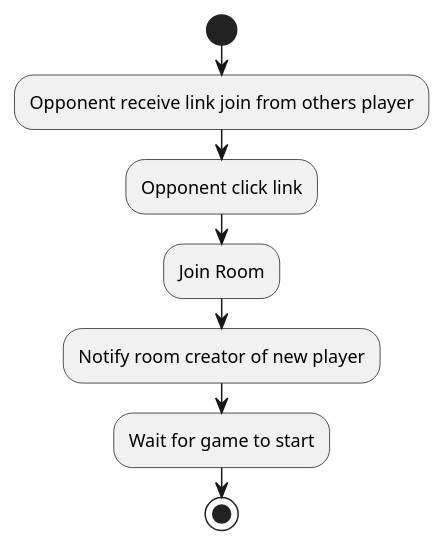
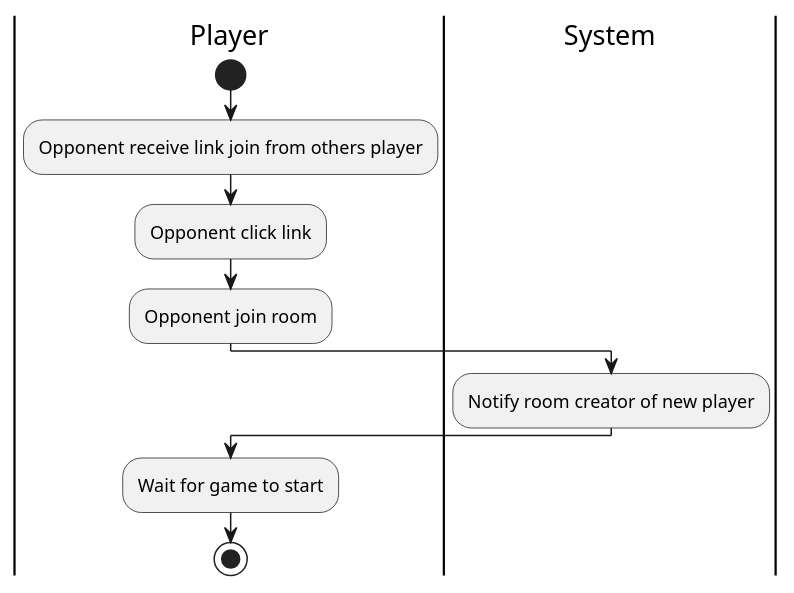
Before and after one commit to 3zard/Chess-Game: the diagram in Diagram/Activity Diagram/joinRoomActivity.pu, drawn with PlantUML. The commit also changed 13 other files, not shown here.

Commit message:
Trình | Fix activity diagram

```diff
--- a/Diagram/Activity Diagram/joinRoomActivity.pu
+++ b/Diagram/Activity Diagram/joinRoomActivity.pu
@@ -1,9 +1,12 @@
 @startuml
+|Player|
 start
 :Opponent receive link join from others player;
 :Opponent click link;
-:Join Room;
+:Opponent join room;
+|System|
 :Notify room creator of new player;
+|Player|
 :Wait for game to start;
 stop
 @enduml
```
